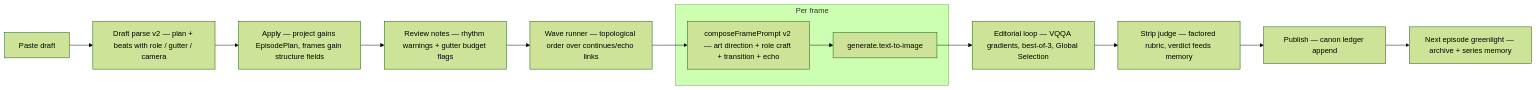
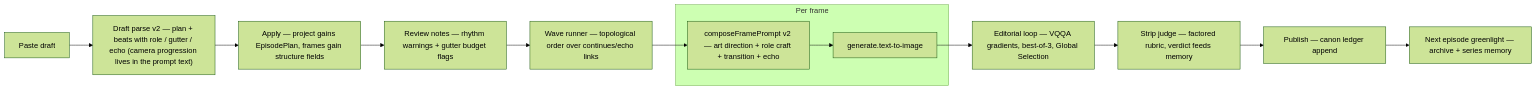
Before and after one commit to confxsd/vengine: the diagram in docs/diagrams/episode-studio-lifecycle.mmd, drawn with Mermaid (forest theme). The commit also changed 1 other file, not shown here.

```diff
--- a/docs/diagrams/episode-studio-lifecycle.mmd
+++ b/docs/diagrams/episode-studio-lifecycle.mmd
@@ -1,13 +1,13 @@
 flowchart LR
-  draft["Paste draft"] --> parse["Draft parse v2 — plan + beats with role / gutter / camera"]
+  draft["Paste draft"] --> parse["Draft parse v2 — plan + beats with role / gutter / echo (camera progression lives in the prompt text)"]
   parse --> apply["Apply — project gains EpisodePlan, frames gain structure fields"]
   apply --> notes["Review notes — rhythm warnings + gutter budget flags"]
   notes --> waves["Wave runner — topological order over continues/echo links"]
   subgraph perframe["Per frame"]
     compose["composeFramePrompt v2 — art direction + role craft + transition + echo"] --> gen["generate.text-to-image"]
   end
   waves --> compose
   gen --> loop["Editorial loop — VQQA gradients, best-of-3, Global Selection"]
   loop --> judge["Strip judge — factored rubric, verdict feeds memory"]
   judge --> pub["Publish — canon ledger append"]
   pub --> next["Next episode greenlight — archive + series memory"]
```
